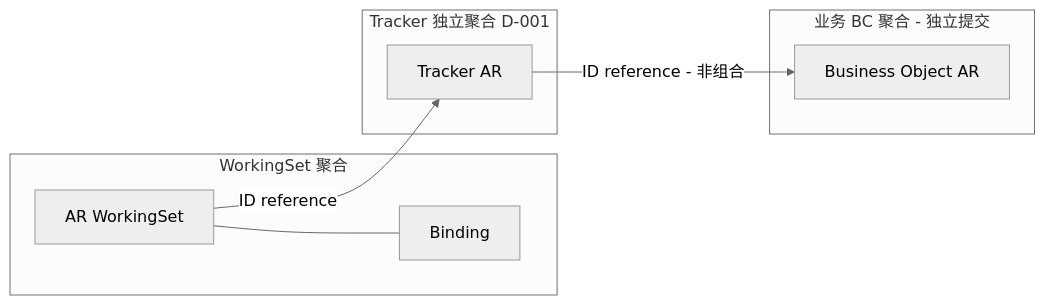
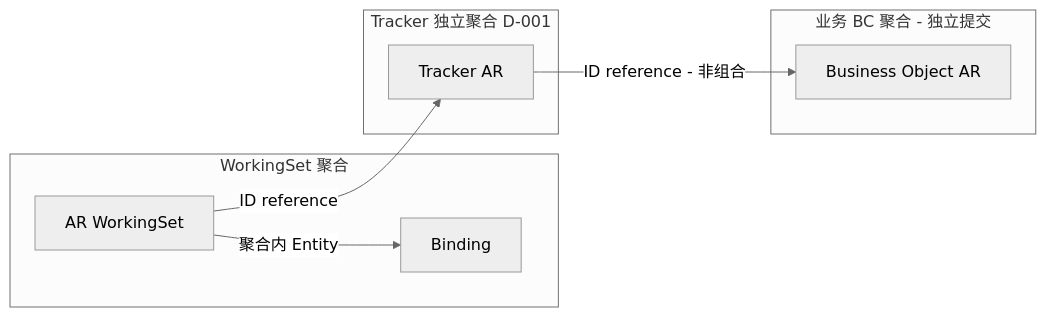
Before and after one commit to Greytrack/ddd-workingset: the second of 4 diagrams in docs/working-set/diagrams/aggregate-candidates.md, drawn with Mermaid (neutral theme). The commit also changed other lines of this file and 44 other files, not shown here.

````diff
--- a/docs/working-set/diagrams/aggregate-candidates.md
+++ b/docs/working-set/diagrams/aggregate-candidates.md
@@ -51,16 +51,16 @@
 ```mermaid
 flowchart LR
     subgraph R["WorkingSet 聚合"]
         Root["AR WorkingSet"]
         Value["Binding"]
-        Root --- Value
+        Root -->|"聚合内 Entity"| Value
     end
     subgraph T["Tracker 独立聚合 D-001"]
         Other["Tracker AR"]
     end
     subgraph B["业务 BC 聚合 - 独立提交"]
         Content["Business Object AR"]
     end
     Root -->|"ID reference"| Other
     Other -->|"ID reference - 非组合"| Content
 ```
````
